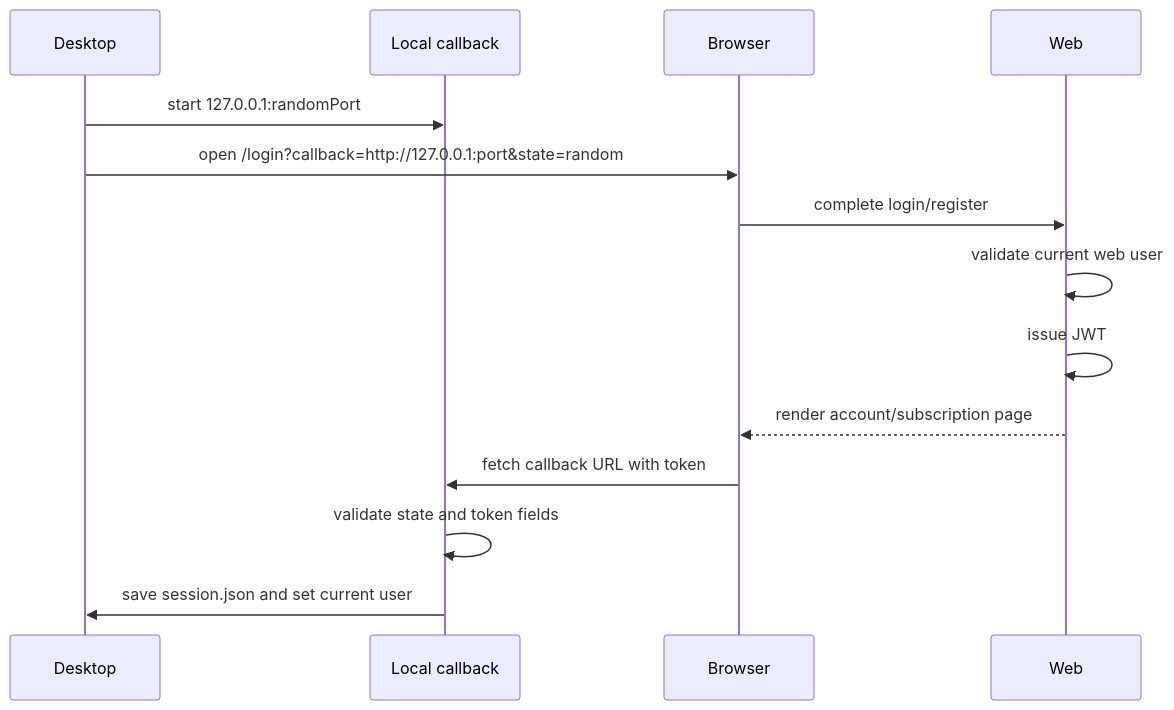
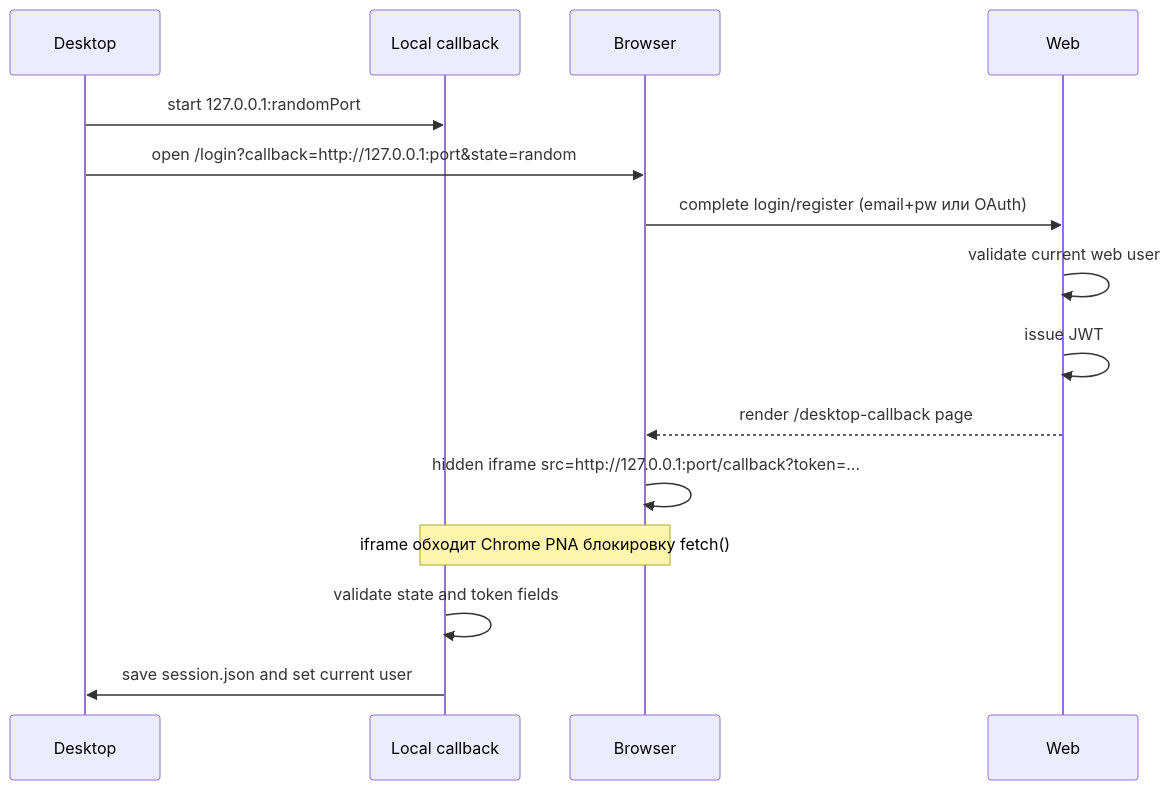
Before and after one commit to sheldonalex20202-ui/-AdOps_Cockpit: the diagram in obsidian-vault/автозалив/Processes/03 Desktop Auth Callback Process.md, drawn with Mermaid. The commit also changed other lines of this file and 11 other files, not shown here.

First line of the commit message:
Redesign login & register: glassmorphism card + Input/Label components

````diff
--- a/obsidian-vault/автозалив/Processes/03 Desktop Auth Callback Process.md
+++ b/obsidian-vault/автозалив/Processes/03 Desktop Auth Callback Process.md
@@ -17,17 +17,18 @@
 ```mermaid
 sequenceDiagram
   participant D as Desktop
   participant L as Local callback
   participant B as Browser
   participant W as Web
 
   D->>L: start 127.0.0.1:randomPort
   D->>B: open /login?callback=http://127.0.0.1:port&state=random
-  B->>W: complete login/register
+  B->>W: complete login/register (email+pw или OAuth)
   W->>W: validate current web user
   W->>W: issue JWT
-  W-->>B: render account/subscription page
-  B->>L: fetch callback URL with token
+  W-->>B: render /desktop-callback page
+  B->>B: hidden iframe src=http://127.0.0.1:port/callback?token=...
+  note over B,L: iframe обходит Chrome PNA блокировку fetch()
   L->>L: validate state and token fields
   L->>D: save session.json and set current user
 ```
````
